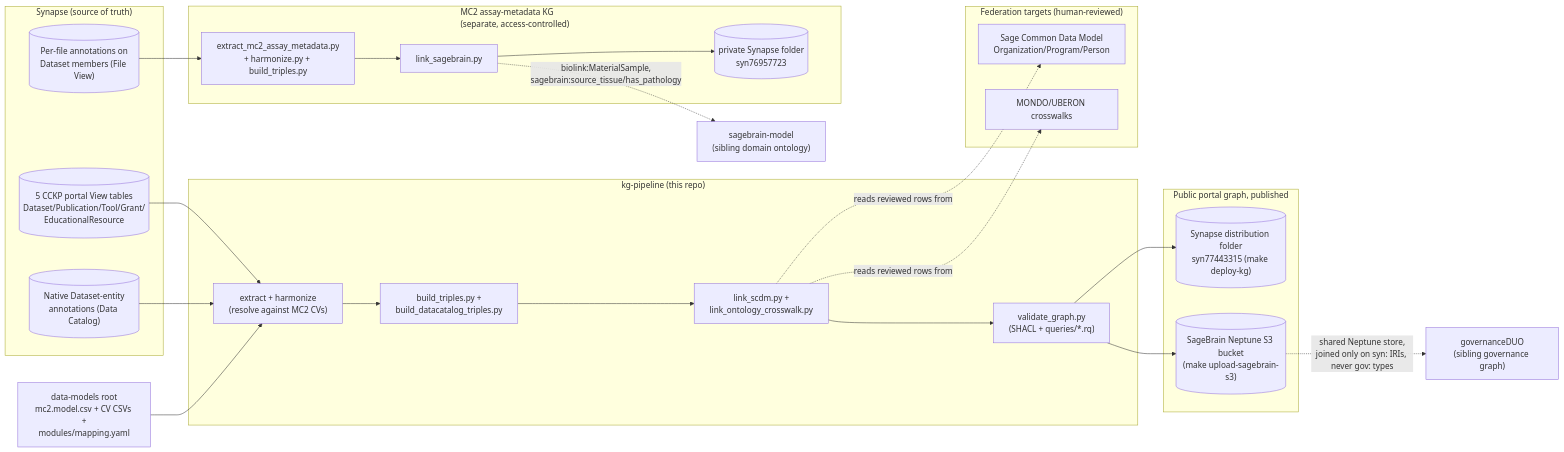
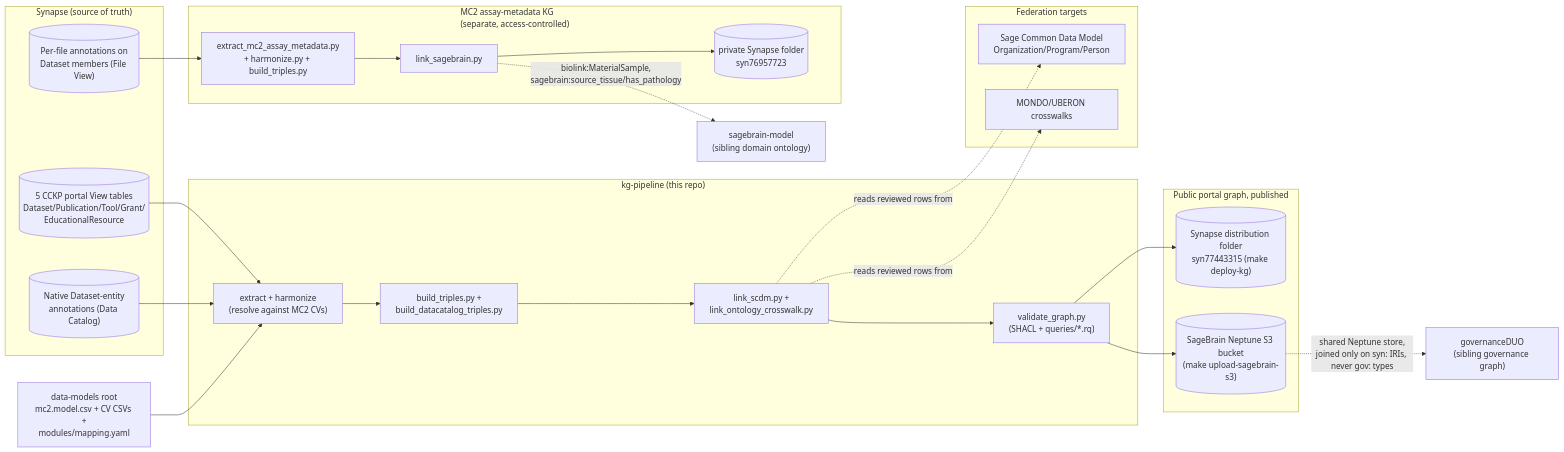
Before and after one commit to mc2-center/data-models: the first of 2 diagrams in docs/knowledge-graph.md, drawn with Mermaid. The commit also changed other lines of this file and 1 other file, not shown here.

````diff
--- a/docs/knowledge-graph.md
+++ b/docs/knowledge-graph.md
@@ -68,47 +72,47 @@
 ```mermaid
 flowchart LR
     subgraph synapse["Synapse (source of truth)"]
         tables[("5 CCKP portal View tables<br/>Dataset/Publication/Tool/Grant/<br/>EducationalResource")]
         annots[("Native Dataset-entity<br/>annotations (Data Catalog)")]
         files[("Per-file annotations on<br/>Dataset members (File View)")]
     end
 
     model["data-models root<br/>mc2.model.csv + CV CSVs +<br/>modules/mapping.yaml"]
 
     subgraph kgp["kg-pipeline (this repo)"]
         harmonize["extract + harmonize<br/>(resolve against MC2 CVs)"]
         triples["build_triples.py +<br/>build_datacatalog_triples.py"]
         link["link_scdm.py +<br/>link_ontology_crosswalk.py"]
         validate["validate_graph.py<br/>(SHACL + queries/*.rq)"]
     end
 
     subgraph pub["Public portal graph, published"]
         synfolder[("Synapse distribution folder<br/>syn77443315 (make deploy-kg)")]
         s3[("SageBrain Neptune S3 bucket<br/>(make upload-sagebrain-s3)")]
     end
 
-    subgraph fed["Federation targets (human-reviewed)"]
+    subgraph fed["Federation targets"]
         scdm["Sage Common Data Model<br/>Organization/Program/Person"]
         crosswalks["MONDO/UBERON crosswalks"]
     end
 
     subgraph assay["MC2 assay-metadata KG<br/>(separate, access-controlled)"]
         assayextract["extract_mc2_assay_metadata.py<br/>+ harmonize.py + build_triples.py"]
         sagebrainlink["link_sagebrain.py"]
         privatefolder[("private Synapse folder<br/>syn76957723")]
     end
 
     tables --> harmonize
     annots --> harmonize
     model --> harmonize
     harmonize --> triples --> link --> validate
     validate --> synfolder
     validate --> s3
     link -.->|reads reviewed rows from| scdm
     link -.->|reads reviewed rows from| crosswalks
 
     files --> assayextract --> sagebrainlink --> privatefolder
     sagebrainlink -.->|"biolink:MaterialSample,<br/>sagebrain:source_tissue/has_pathology"| sagebrainmodel["sagebrain-model<br/>(sibling domain ontology)"]
 
     s3 -.->|shared Neptune store,<br/>joined only on syn: IRIs, never gov: types| governanceDUO["governanceDUO<br/>(sibling governance graph)"]
 ```
````
